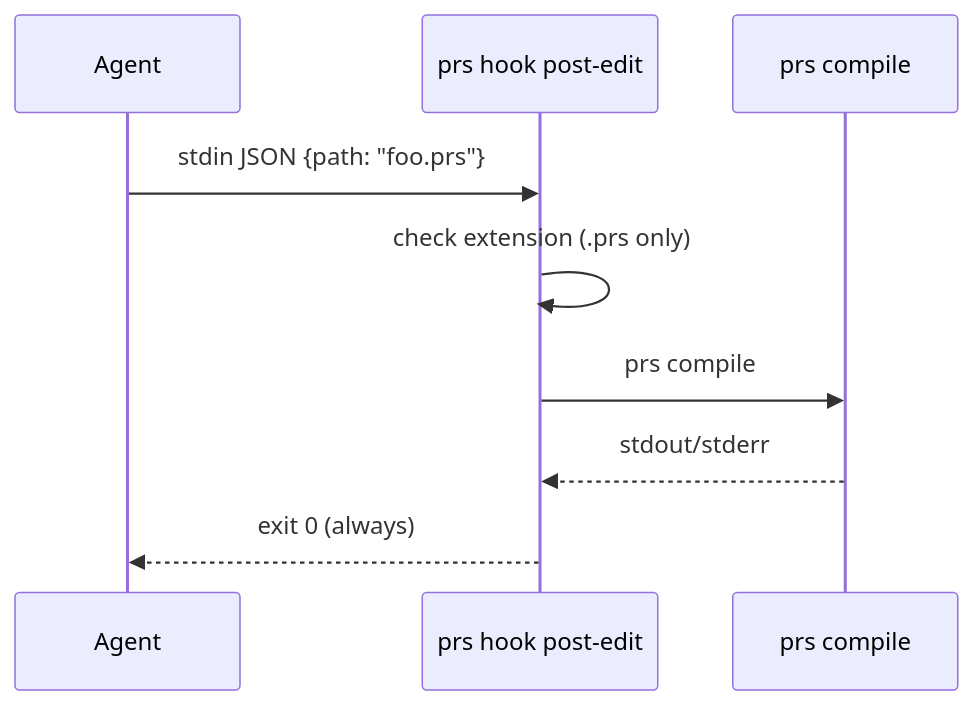
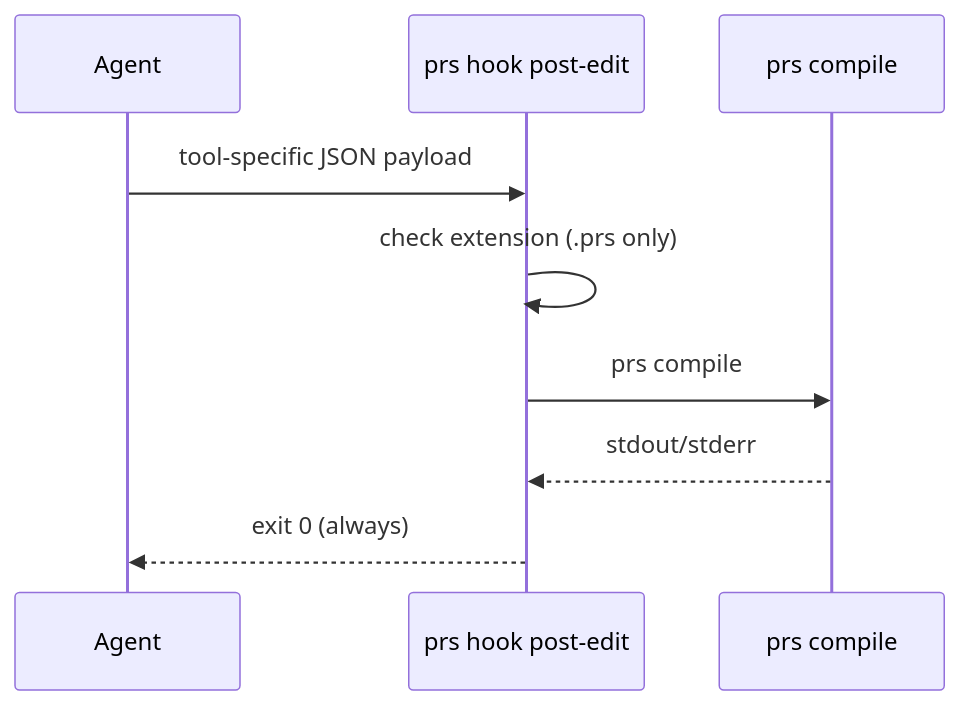
One commit to mrwogu/promptscript changed the second of 2 diagrams in docs/guides/hooks.md. Above: the diagram before and after it, drawn with Mermaid. The commit also changed other lines of this file and 63 other files, not shown here.

````diff
--- a/docs/guides/hooks.md
+++ b/docs/guides/hooks.md
@@ -93,12 +92,12 @@
 ```mermaid
 sequenceDiagram
     participant Agent
     participant Hook as prs hook post-edit
     participant Compiler as prs compile
 
-    Agent->>Hook: stdin JSON {path: "foo.prs"}
+    Agent->>Hook: tool-specific JSON payload
     Hook->>Hook: check extension (.prs only)
     Hook->>Compiler: prs compile
     Compiler-->>Hook: stdout/stderr
     Hook-->>Agent: exit 0 (always)
 ```
````
